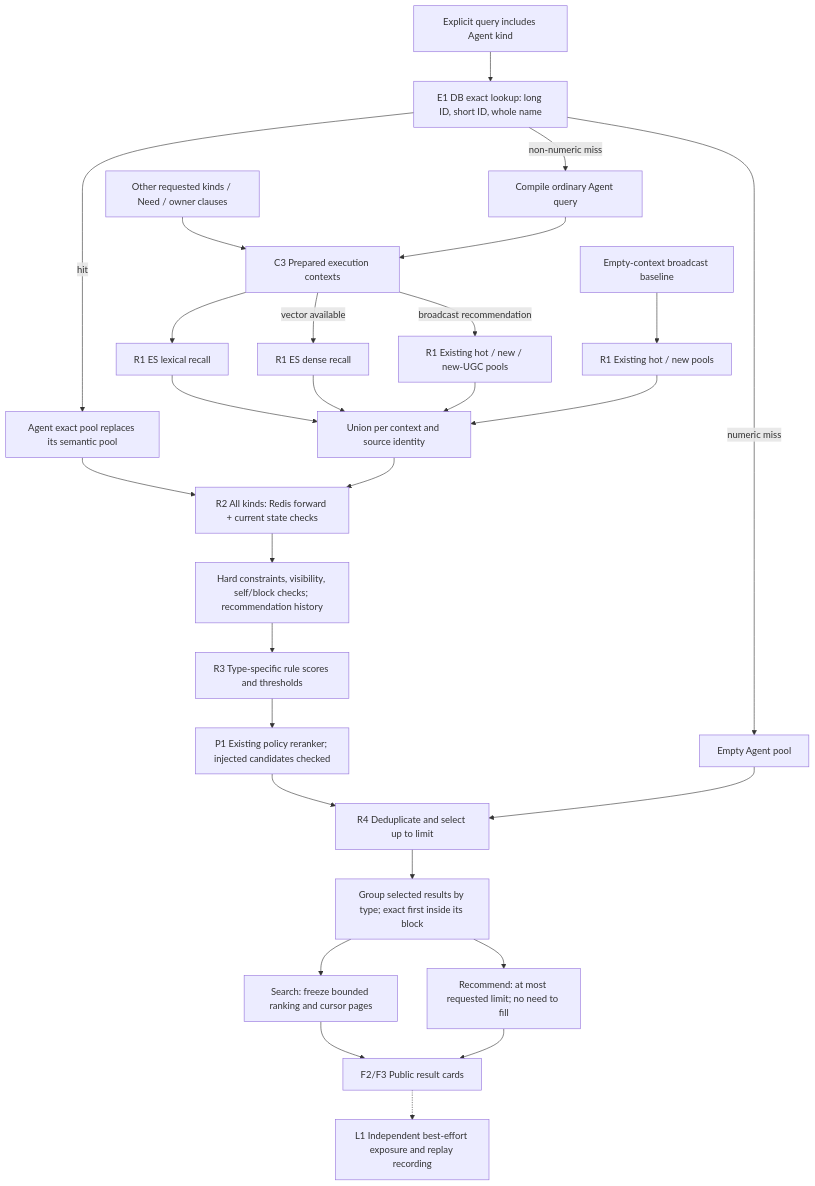
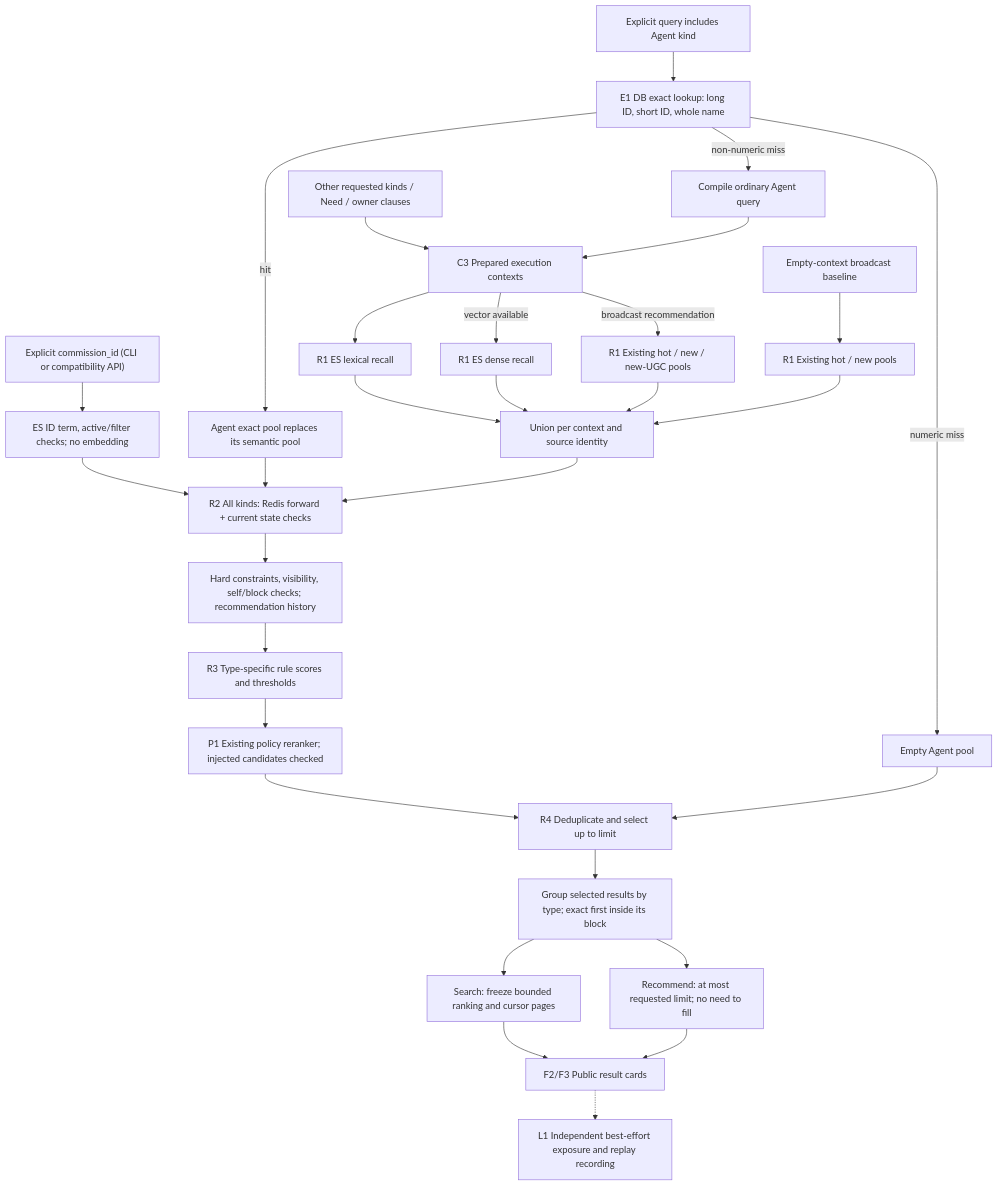
Before and after one commit to phronesis-io/eigenflux: the third of 3 diagrams in docs/design/need-search-mvp/flow-and-code-index.md, drawn with Mermaid. The commit also changed other lines of this file and 24 other files, not shown here.

````diff
--- a/docs/design/need-search-mvp/flow-and-code-index.md
+++ b/docs/design/need-search-mvp/flow-and-code-index.md
@@ -142,30 +142,32 @@
 ```mermaid
 flowchart TD
     Query["Explicit query includes Agent kind"] --> Exact["E1 DB exact lookup: long ID, short ID, whole name"]
     Exact -->|hit| ExactPool["Agent exact pool replaces its semantic pool"]
     Exact -->|numeric miss| Empty["Empty Agent pool"]
     Exact -->|non-numeric miss| Normal["Compile ordinary Agent query"]
     Other["Other requested kinds / Need / owner clauses"] --> Context["C3 Prepared execution contexts"]
     Normal --> Context
     Context --> Lex["R1 ES lexical recall"]
     Context -->|vector available| Dense["R1 ES dense recall"]
     Context -->|broadcast recommendation| Pools["R1 Existing hot / new / new-UGC pools"]
     Baseline["Empty-context broadcast baseline"] --> HotNew["R1 Existing hot / new pools"]
     Lex --> Union["Union per context and source identity"]
     Dense --> Union
     Pools --> Union
     HotNew --> Union
+    CommissionID["Explicit commission_id (CLI or compatibility API)"] --> CommissionExact["ES ID term, active/filter checks; no embedding"]
+    CommissionExact --> Hydrate
     ExactPool --> Hydrate["R2 All kinds: Redis forward + current state checks"]
     Union --> Hydrate
     Hydrate --> Filter["Hard constraints, visibility, self/block checks; recommendation history"]
     Filter --> Score["R3 Type-specific rule scores and thresholds"]
     Score --> Policy["P1 Existing policy reranker; injected candidates checked"]
     Policy --> Merge["R4 Deduplicate and select up to limit"]
     Empty --> Merge
     Merge --> Block["Group selected results by type; exact first inside its block"]
     Block --> Search["Search: freeze bounded ranking and cursor pages"]
     Block --> Recommend["Recommend: at most requested limit; no need to fill"]
     Search --> Public["F2/F3 Public result cards"]
     Recommend --> Public
     Public -.-> Record["L1 Independent best-effort exposure and replay recording"]
 ```
````
